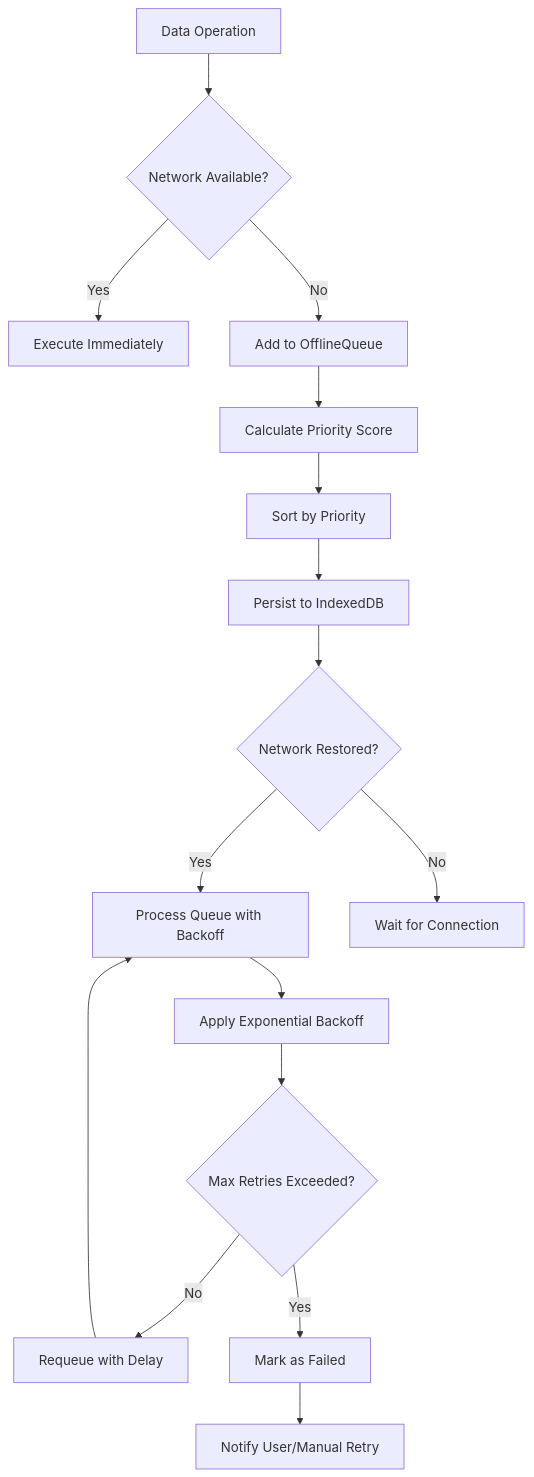
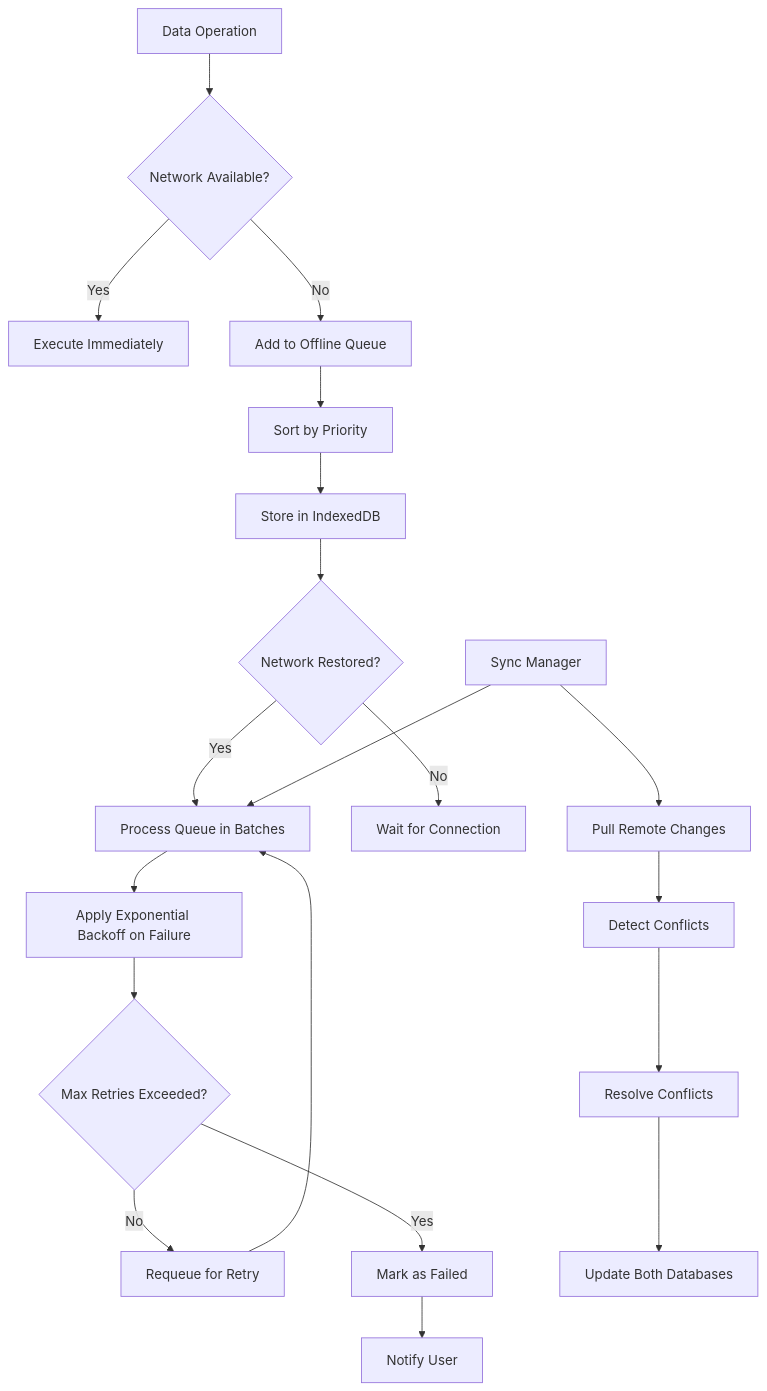
One commit to geniusdynamics/schoolpilot changed the ninth of 18 diagrams in .qoder/repowiki/en/content/Architecture Overview/Data Management Architecture/Data Synchronization Workflow/Data Synchronization Workflow.md. Above: the diagram before and after it, drawn with Mermaid. The commit also changed other lines of this file and 19 other files, not shown here.

````diff
--- a/.qoder/repowiki/en/content/Architecture Overview/Data Management Architecture/Data Synchronization Workflow/Data Synchronization Workflow.md
+++ b/.qoder/repowiki/en/content/Architecture Overview/Data Management Architecture/Data Synchronization Workflow/Data Synchronization Workflow.md
@@ -292,18 +472,22 @@
 ```mermaid
 flowchart TD
 A[Data Operation] --> B{Network Available?}
 B --> |Yes| C[Execute Immediately]
-B --> |No| D[Add to OfflineQueue]
-D --> E[Calculate Priority Score]
-E --> F[Sort by Priority]
-F --> G[Persist to IndexedDB]
-G --> H{Network Restored?}
-H --> |Yes| I[Process Queue with Backoff]
-H --> |No| J[Wait for Connection]
-I --> K[Apply Exponential Backoff]
-K --> L{Max Retries Exceeded?}
-L --> |No| M[Requeue with Delay]
-L --> |Yes| N[Mark as Failed]
-M --> I
-N --> O[Notify User/Manual Retry]
+B --> |No| D[Add to Offline Queue]
+D --> E[Sort by Priority]
+E --> F[Store in IndexedDB]
+F --> G{Network Restored?}
+G --> |Yes| H[Process Queue in Batches]
+G --> |No| I[Wait for Connection]
+H --> J[Apply Exponential Backoff on Failure]
+J --> K{Max Retries Exceeded?}
+K --> |No| L[Requeue for Retry]
+K --> |Yes| M[Mark as Failed]
+L --> H
+M --> N[Notify User]
+O[Sync Manager] --> H
+O --> P[Pull Remote Changes]
+P --> Q[Detect Conflicts]
+Q --> R[Resolve Conflicts]
+R --> S[Update Both Databases]
 ```
````
